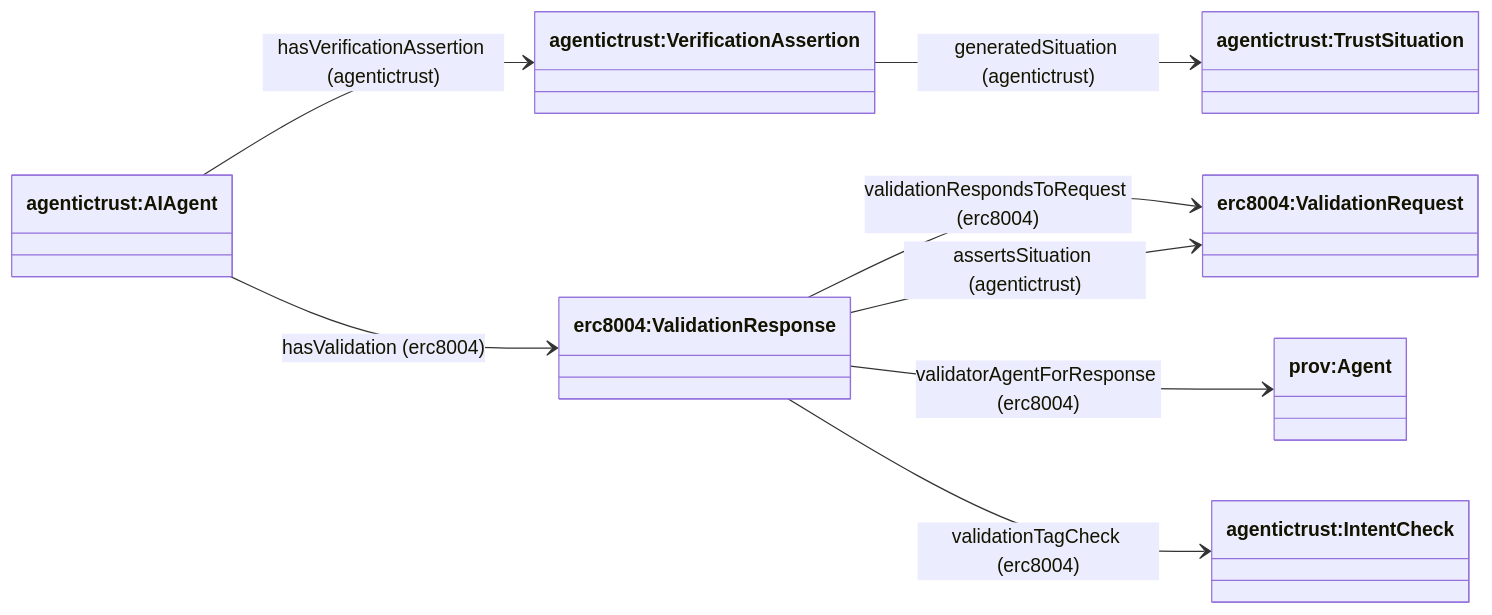
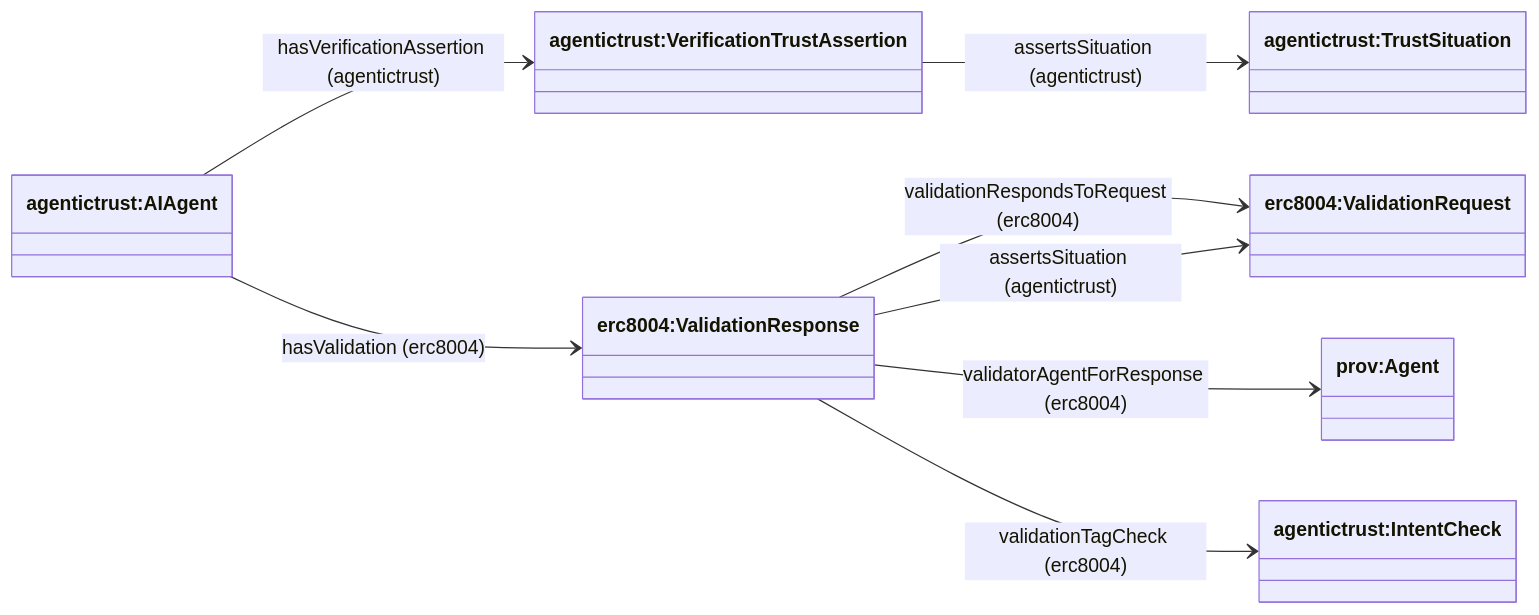
Before and after one commit to Agentic-Trust-Layer/agent-explorer: the second of 2 diagrams in docs/ontology/verificationassertion.md, drawn with Mermaid. The commit also changed other lines of this file and 22 other files, not shown here.

````diff
--- a/docs/ontology/verificationassertion.md
+++ b/docs/ontology/verificationassertion.md
@@ -29,22 +29,22 @@
 ```mermaid
 classDiagram
 direction LR
 
 class AIAgent["agentictrust:AIAgent"]
-class VerificationAssertion["agentictrust:VerificationAssertion"]
+class VerificationAssertion["agentictrust:VerificationTrustAssertion"]
 class ValidationResponse["erc8004:ValidationResponse"]
 class ValidationRequest["erc8004:ValidationRequest"]
 class TrustSituation["agentictrust:TrustSituation"]
 class IntentCheck["agentictrust:IntentCheck"]
 class provAgent["prov:Agent"]
 
 AIAgent --> VerificationAssertion : hasVerificationAssertion (agentictrust)
 AIAgent --> ValidationResponse : hasValidation (erc8004)
 
 ValidationResponse --> ValidationRequest : validationRespondsToRequest (erc8004)
 ValidationResponse --> provAgent : validatorAgentForResponse (erc8004)
 ValidationResponse --> IntentCheck : validationTagCheck (erc8004)
 
-VerificationAssertion --> TrustSituation : generatedSituation (agentictrust)
+VerificationAssertion --> TrustSituation : assertsSituation (agentictrust)
 ValidationResponse --> ValidationRequest : assertsSituation (agentictrust)
 ```
````
